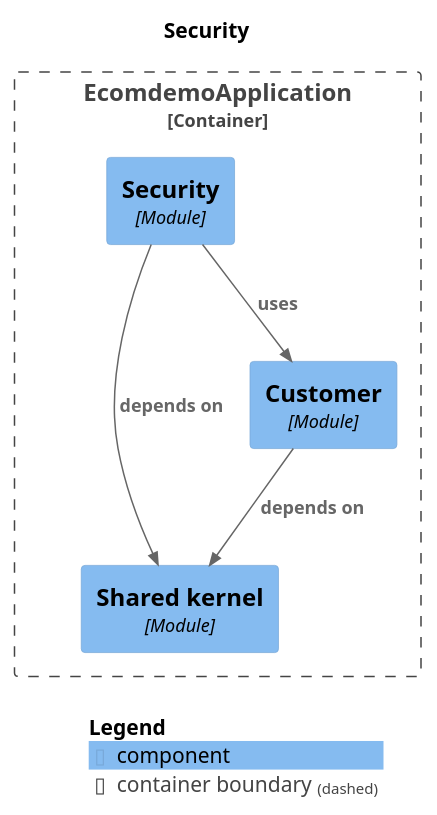
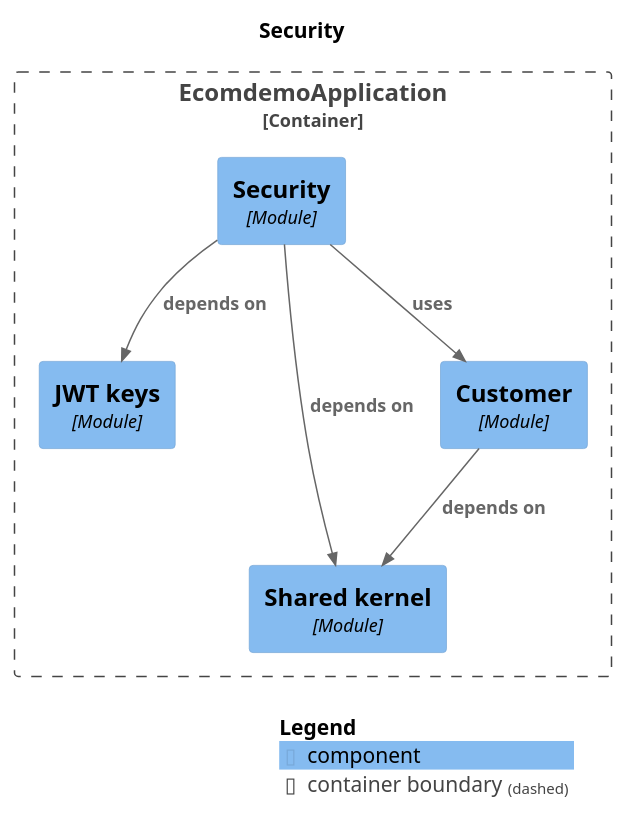
Before and after one commit to mr-sujay-patil/ecomdemo: the diagram in docs/modules/module-security.puml, drawn with PlantUML. The commit also changed 10 other files, not shown here.

First line of the commit message:
docs: record the Phase 20b security decisions, and regenerate the module map

```diff
--- a/docs/modules/module-security.puml
+++ b/docs/modules/module-security.puml
@@ -1,22 +1,24 @@
 @startuml
 set separator none
 title Security
 
 top to bottom direction
 
 !include <C4/C4>
 !include <C4/C4_Context>
 !include <C4/C4_Component>
 
 Container_Boundary("EcomdemoApplication.EcomdemoApplication_boundary", "EcomdemoApplication", $tags="") {
   Component(EcomdemoApplication.EcomdemoApplication.Security, "Security", $techn="Module", $descr="", $tags="", $link="")
+  Component(EcomdemoApplication.EcomdemoApplication.JWTkeys, "JWT keys", $techn="Module", $descr="", $tags="", $link="")
   Component(EcomdemoApplication.EcomdemoApplication.Sharedkernel, "Shared kernel", $techn="Module", $descr="", $tags="", $link="")
   Component(EcomdemoApplication.EcomdemoApplication.Customer, "Customer", $techn="Module", $descr="", $tags="", $link="")
 }
 
 Rel(EcomdemoApplication.EcomdemoApplication.Customer, EcomdemoApplication.EcomdemoApplication.Sharedkernel, "depends on", $techn="", $tags="", $link="")
 Rel(EcomdemoApplication.EcomdemoApplication.Security, EcomdemoApplication.EcomdemoApplication.Customer, "uses", $techn="", $tags="", $link="")
+Rel(EcomdemoApplication.EcomdemoApplication.Security, EcomdemoApplication.EcomdemoApplication.JWTkeys, "depends on", $techn="", $tags="", $link="")
 Rel(EcomdemoApplication.EcomdemoApplication.Security, EcomdemoApplication.EcomdemoApplication.Sharedkernel, "depends on", $techn="", $tags="", $link="")
 
 SHOW_LEGEND(true)
 @enduml
```
